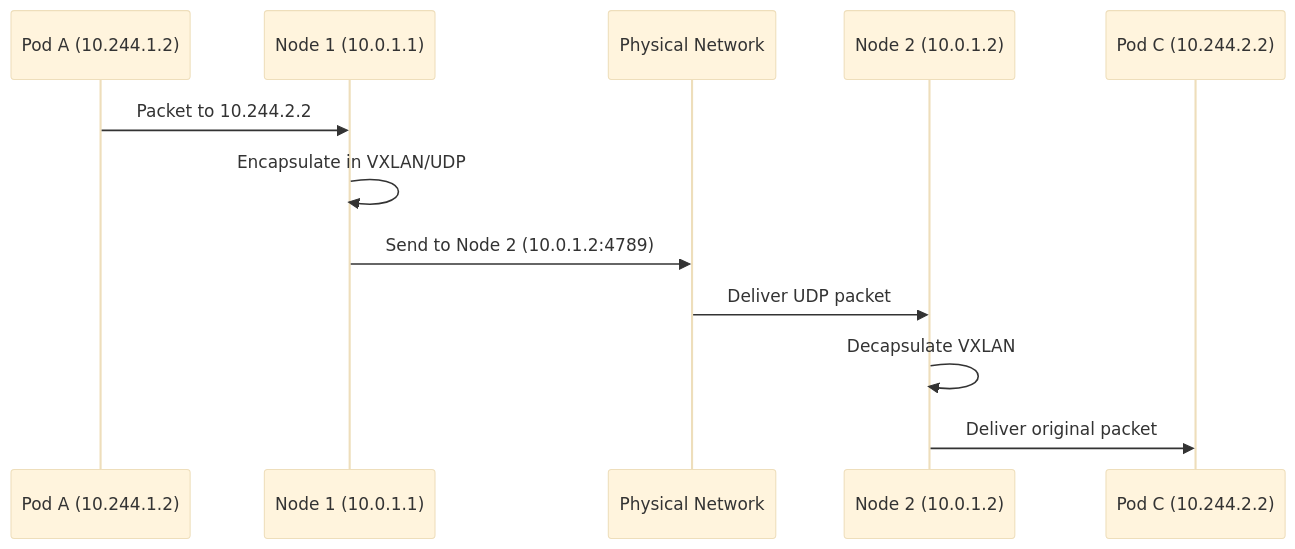
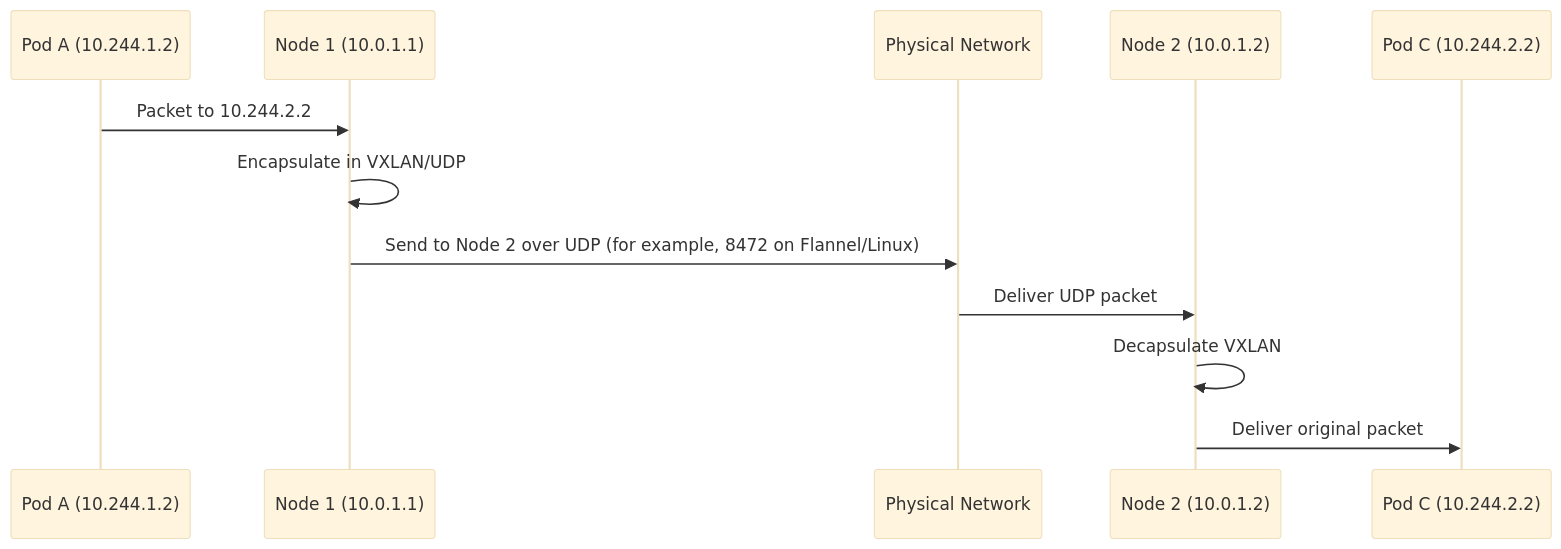
One commit to OneUptime/blog changed the fourth of 5 diagrams in posts/2026-02-20-kubernetes-pod-networking-model/README.md. Above: the diagram before and after it, drawn with Mermaid (base theme). The commit also changed other lines of this file and 2 other files, not shown here.

````diff
--- a/posts/2026-02-20-kubernetes-pod-networking-model/README.md
+++ b/posts/2026-02-20-kubernetes-pod-networking-model/README.md
@@ -162,15 +163,15 @@
 ```mermaid
 sequenceDiagram
     participant PA as Pod A (10.244.1.2)
     participant N1 as Node 1 (10.0.1.1)
     participant NET as Physical Network
     participant N2 as Node 2 (10.0.1.2)
     participant PC as Pod C (10.244.2.2)
 
     PA->>N1: Packet to 10.244.2.2
     N1->>N1: Encapsulate in VXLAN/UDP
-    N1->>NET: Send to Node 2 (10.0.1.2:4789)
+    N1->>NET: Send to Node 2 over UDP (for example, 8472 on Flannel/Linux)
     NET->>N2: Deliver UDP packet
     N2->>N2: Decapsulate VXLAN
     N2->>PC: Deliver original packet
 ```
````
